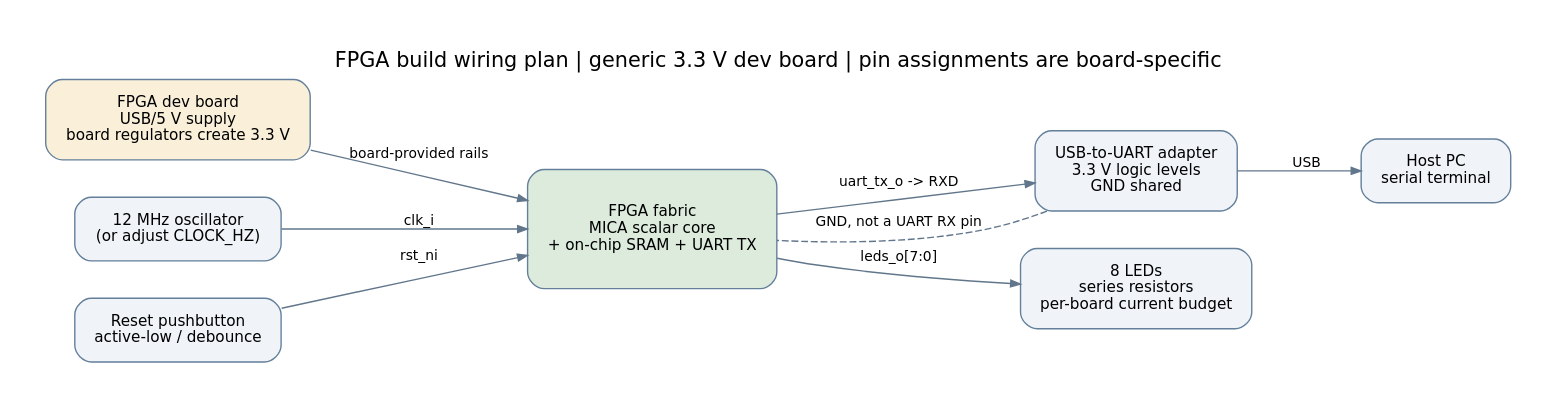
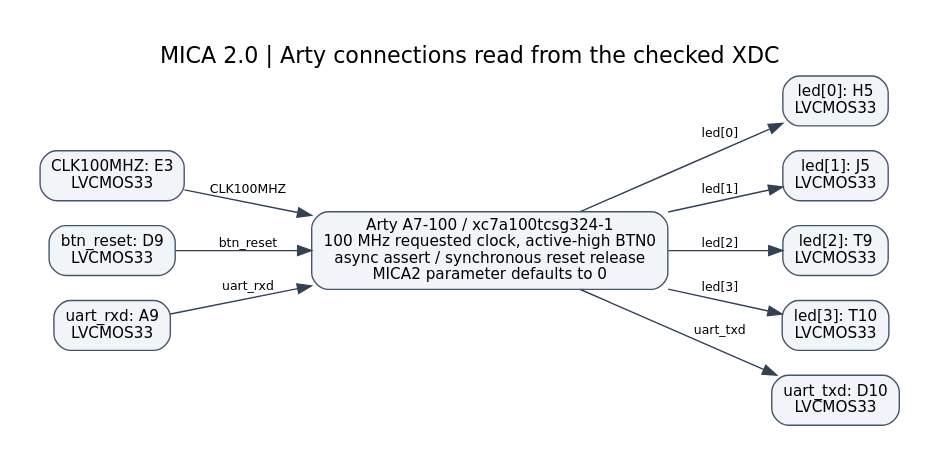
Before and after one commit to RobertFlexx/MICA: the diagram in schematics/board.dot, drawn with Graphviz. The commit also changed 321 other files, not shown here.

```diff
--- a/schematics/board.dot
+++ b/schematics/board.dot
@@ -1,19 +1,23 @@
-digraph mica_board {
- graph [rankdir=LR, bgcolor="white", fontname="DejaVu Sans", label="FPGA build wiring plan | generic 3.3 V dev board | pin assignments are board-specific", labelloc=t, fontsize=15, pad=0.35, nodesep=0.38, ranksep=0.8];
- node [shape=box, style="rounded,filled", fillcolor="#f0f4f9", color="#637f9a", fontname="DejaVu Sans", fontsize=11, margin="0.2,0.15"];
- edge [color="#61768b", arrowsize=0.7, fontname="DejaVu Sans", fontsize=10];
- power [label="FPGA dev board\nUSB/5 V supply\nboard regulators create 3.3 V", fillcolor="#faf0d9"];
- clock [label="12 MHz oscillator\n(or adjust CLOCK_HZ)"];
- reset [label="Reset pushbutton\nactive-low / debounce"];
- soc [label="FPGA fabric\nMICA scalar core\n+ on-chip SRAM + UART TX", fillcolor="#dcebdc", width=2.5, height=1.2];
- usb [label="USB-to-UART adapter\n3.3 V logic levels\nGND shared"];
- led [label="8 LEDs\nseries resistors\nper-board current budget"];
- pc [label="Host PC\nserial terminal"];
- power -> soc [label="board-provided rails"];
- clock -> soc [label="clk_i"];
- reset -> soc [label="rst_ni"];
- soc -> usb [label="uart_tx_o -> RXD"];
- usb -> soc [label="GND, not a UART RX pin", dir=none, style=dashed];
- soc -> led [label="leds_o[7:0]"];
- usb -> pc [label="USB"];
+digraph G {
+graph [rankdir=LR,labelloc=t,fontname="DejaVu Sans",fontsize=16,pad=0.3];
+node [shape=box,style="rounded,filled",fillcolor="#f1f5f9",color="#475569",fontname="DejaVu Sans",fontsize=11];
+edge [fontname="DejaVu Sans",fontsize=9,color="#334155"];
+label="MICA 2.0 | Arty connections read from the checked XDC";
+fpga [label="Arty A7-100 / xc7a100tcsg324-1\n100 MHz requested clock, active-high BTN0\nasync assert / synchronous reset release\nMICA2 parameter defaults to 0"];
+p0 [label="CLK100MHZ: E3\nLVCMOS33"];
+p1 [label="btn_reset: D9\nLVCMOS33"];
+p2 [label="led[0]: H5\nLVCMOS33"];
+p3 [label="led[1]: J5\nLVCMOS33"];
+p4 [label="led[2]: T9\nLVCMOS33"];
+p5 [label="led[3]: T10\nLVCMOS33"];
+p6 [label="uart_txd: D10\nLVCMOS33"];
+p7 [label="uart_rxd: A9\nLVCMOS33"];
+p0 -> fpga [label="CLK100MHZ"];
+p1 -> fpga [label="btn_reset"];
+fpga -> p2 [label="led[0]"];
+fpga -> p3 [label="led[1]"];
+fpga -> p4 [label="led[2]"];
+fpga -> p5 [label="led[3]"];
+fpga -> p6 [label="uart_txd"];
+p7 -> fpga [label="uart_rxd"];
 }
```
